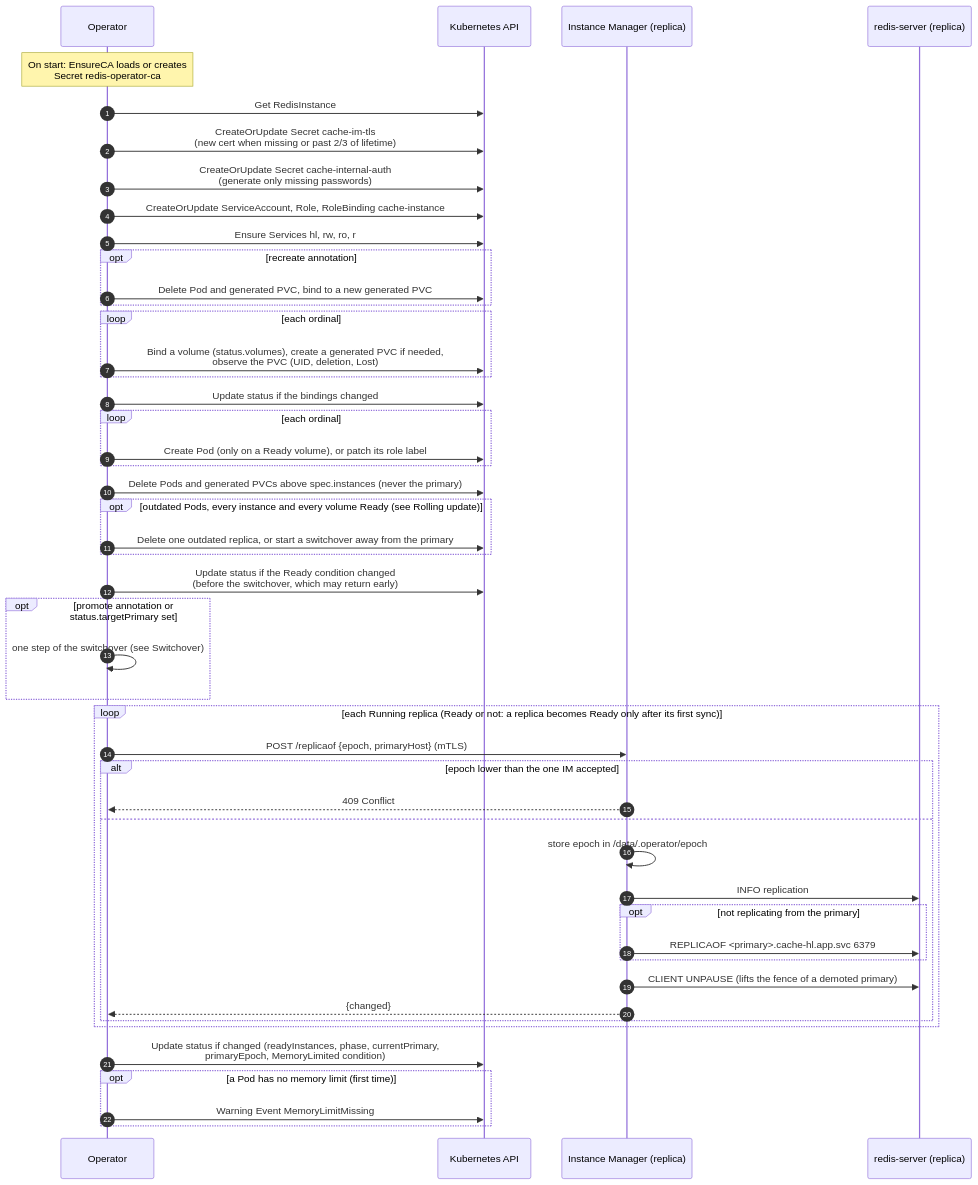
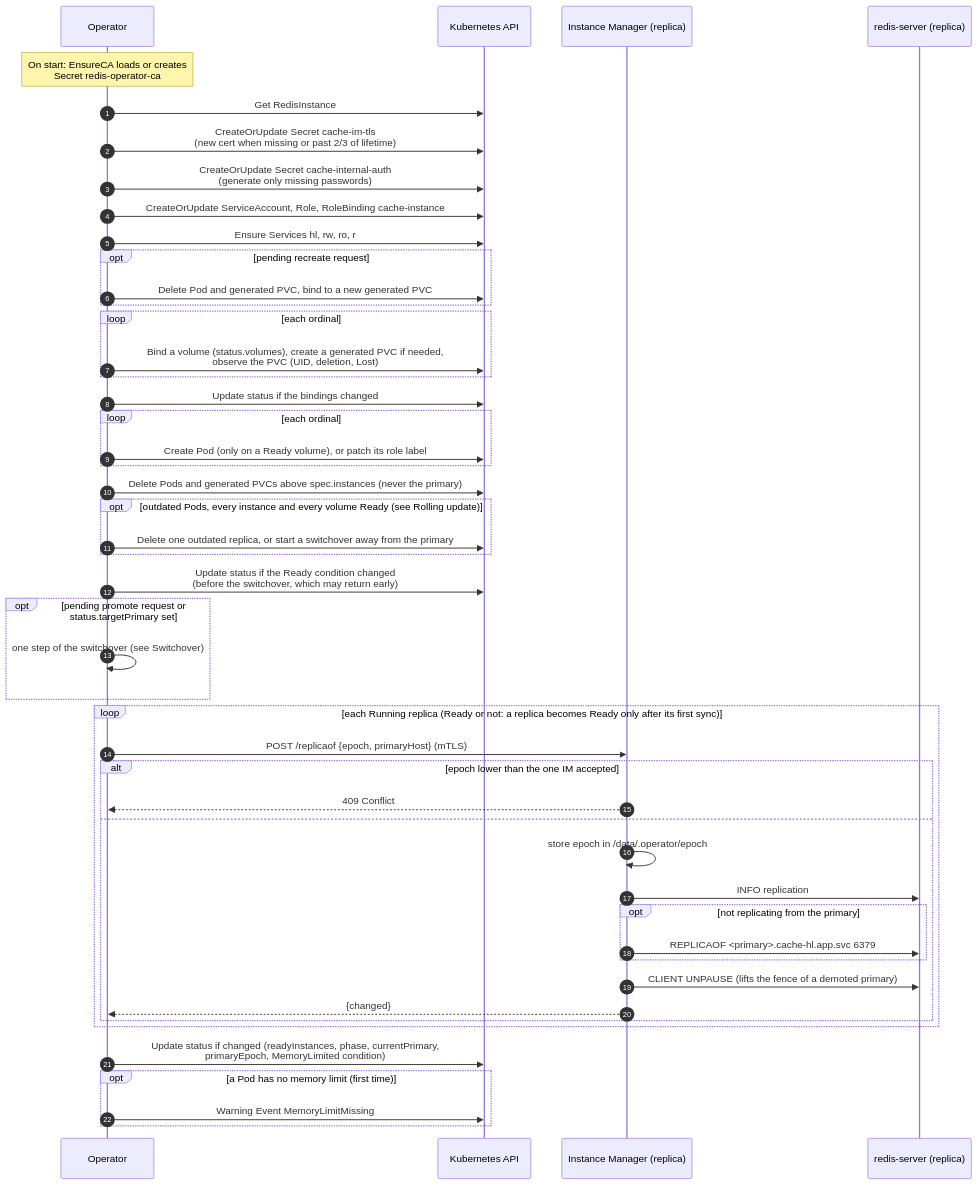
The seventh of 7 diagrams in docs/architecture.md (MrPickle311/redis-operator), drawn with Mermaid before and after one commit. The commit also changed other lines of this file and 16 other files, not shown here.

Commit message:
"Make promote and recreate annotations idempotent; add handledRequests to track completed actions"

````diff
--- a/docs/architecture.md
+++ b/docs/architecture.md
@@ -541,51 +569,51 @@
 ```mermaid
 sequenceDiagram
     autonumber
     participant OP as Operator
     participant API as Kubernetes API
     participant IM as Instance Manager (replica)
     participant RS as redis-server (replica)
 
     Note over OP: On start: EnsureCA loads or creates<br/>Secret redis-operator-ca
     OP->>API: Get RedisInstance
     OP->>API: CreateOrUpdate Secret cache-im-tls<br/>(new cert when missing or past 2/3 of lifetime)
     OP->>API: CreateOrUpdate Secret cache-internal-auth<br/>(generate only missing passwords)
     OP->>API: CreateOrUpdate ServiceAccount, Role, RoleBinding cache-instance
     OP->>API: Ensure Services hl, rw, ro, r
-    opt recreate annotation
+    opt pending recreate request
         OP->>API: Delete Pod and generated PVC, bind to a new generated PVC
     end
     loop each ordinal
         OP->>API: Bind a volume (status.volumes), create a generated PVC if needed,<br/>observe the PVC (UID, deletion, Lost)
     end
     OP->>API: Update status if the bindings changed
     loop each ordinal
         OP->>API: Create Pod (only on a Ready volume), or patch its role label
     end
     OP->>API: Delete Pods and generated PVCs above spec.instances (never the primary)
     opt outdated Pods, every instance and every volume Ready (see Rolling update)
         OP->>API: Delete one outdated replica, or start a switchover away from the primary
     end
     OP->>API: Update status if the Ready condition changed<br/>(before the switchover, which may return early)
-    opt promote annotation or status.targetPrimary set
+    opt pending promote request or status.targetPrimary set
         OP->>OP: one step of the switchover (see Switchover)
     end
     loop each Running replica (Ready or not: a replica becomes Ready only after its first sync)
         OP->>IM: POST /replicaof {epoch, primaryHost} (mTLS)
         alt epoch lower than the one IM accepted
             IM-->>OP: 409 Conflict
         else
             IM->>IM: store epoch in /data/.operator/epoch
             IM->>RS: INFO replication
             opt not replicating from the primary
                 IM->>RS: REPLICAOF <primary>.cache-hl.app.svc 6379
             end
             IM->>RS: CLIENT UNPAUSE (lifts the fence of a demoted primary)
             IM-->>OP: {changed}
         end
     end
     OP->>API: Update status if changed (readyInstances, phase, currentPrimary,<br/>primaryEpoch, MemoryLimited condition)
     opt a Pod has no memory limit (first time)
         OP->>API: Warning Event MemoryLimitMissing
     end
 ```
````
